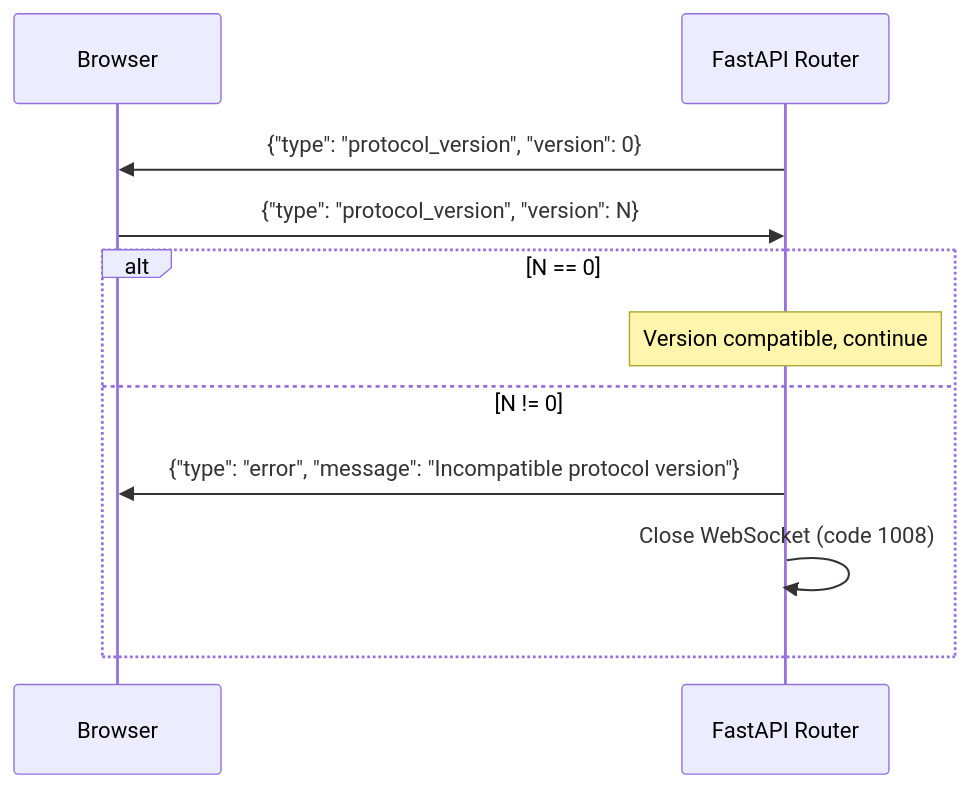
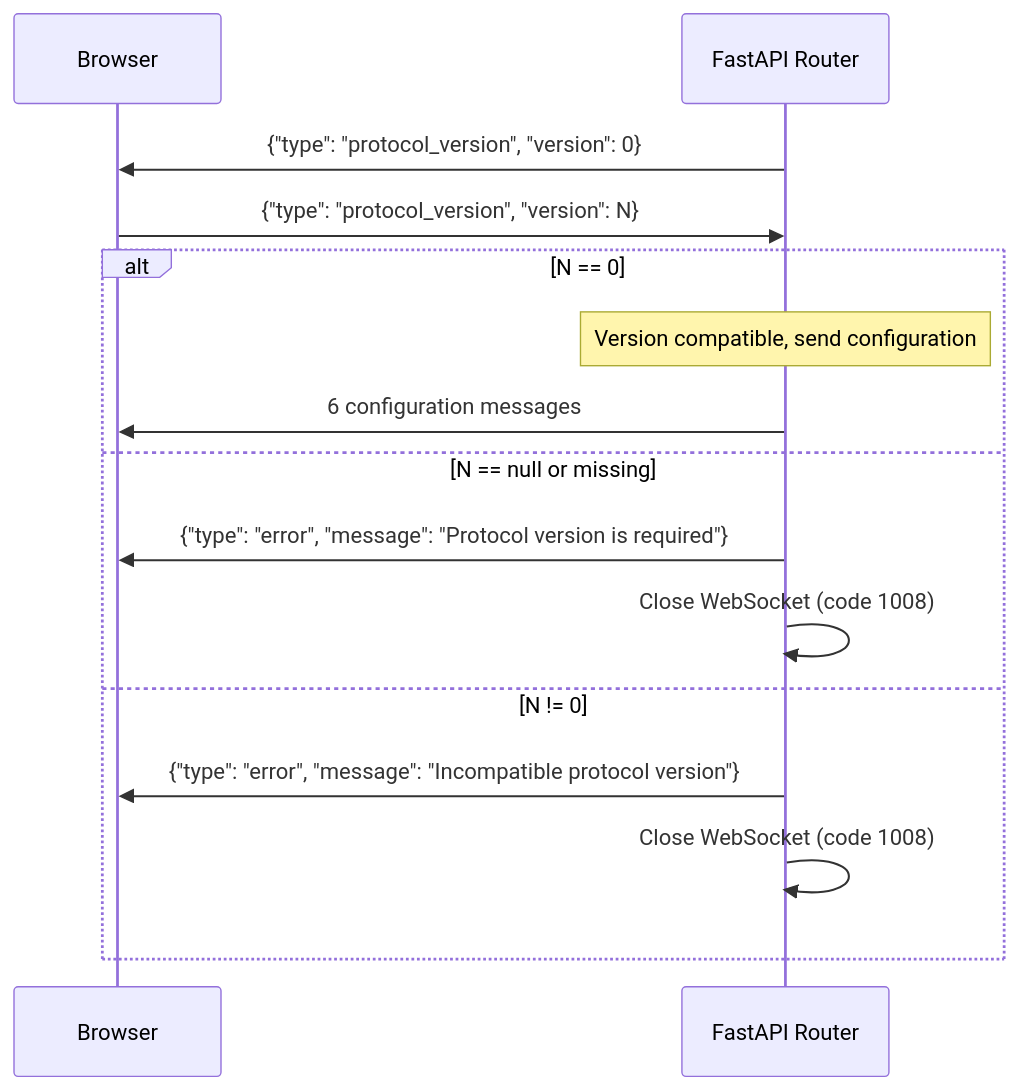
Diagram 11 of 12 in docs/websocket-protocol.md (tacaswell/matplotlib-fastapi), drawn with Mermaid before and after one commit. The commit also changed other lines of this file and 4 other files, not shown here.

First line of the commit message:
ENH: make the version protocol required on websocket

````diff
--- a/docs/websocket-protocol.md
+++ b/docs/websocket-protocol.md
@@ -531,15 +534,19 @@
 ```mermaid
 sequenceDiagram
     participant Client as Browser
     participant Router as FastAPI Router
 
     Router->>Client: {"type": "protocol_version", "version": 0}
     Client->>Router: {"type": "protocol_version", "version": N}
     
     alt N == 0
-        Note over Router: Version compatible, continue
+        Note over Router: Version compatible, send configuration
+        Router->>Client: 6 configuration messages
+    else N == null or missing
+        Router->>Client: {"type": "error", "message": "Protocol version is required"}
+        Router->>Router: Close WebSocket (code 1008)
     else N != 0
         Router->>Client: {"type": "error", "message": "Incompatible protocol version"}
         Router->>Router: Close WebSocket (code 1008)
     end
 ```
````
